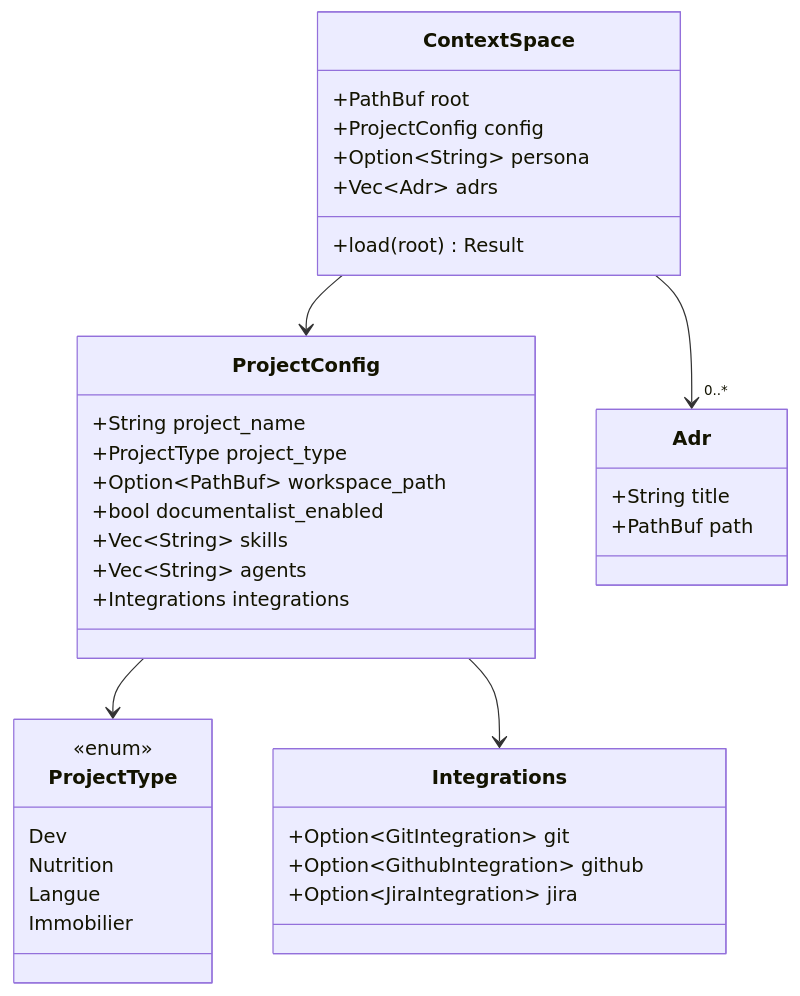
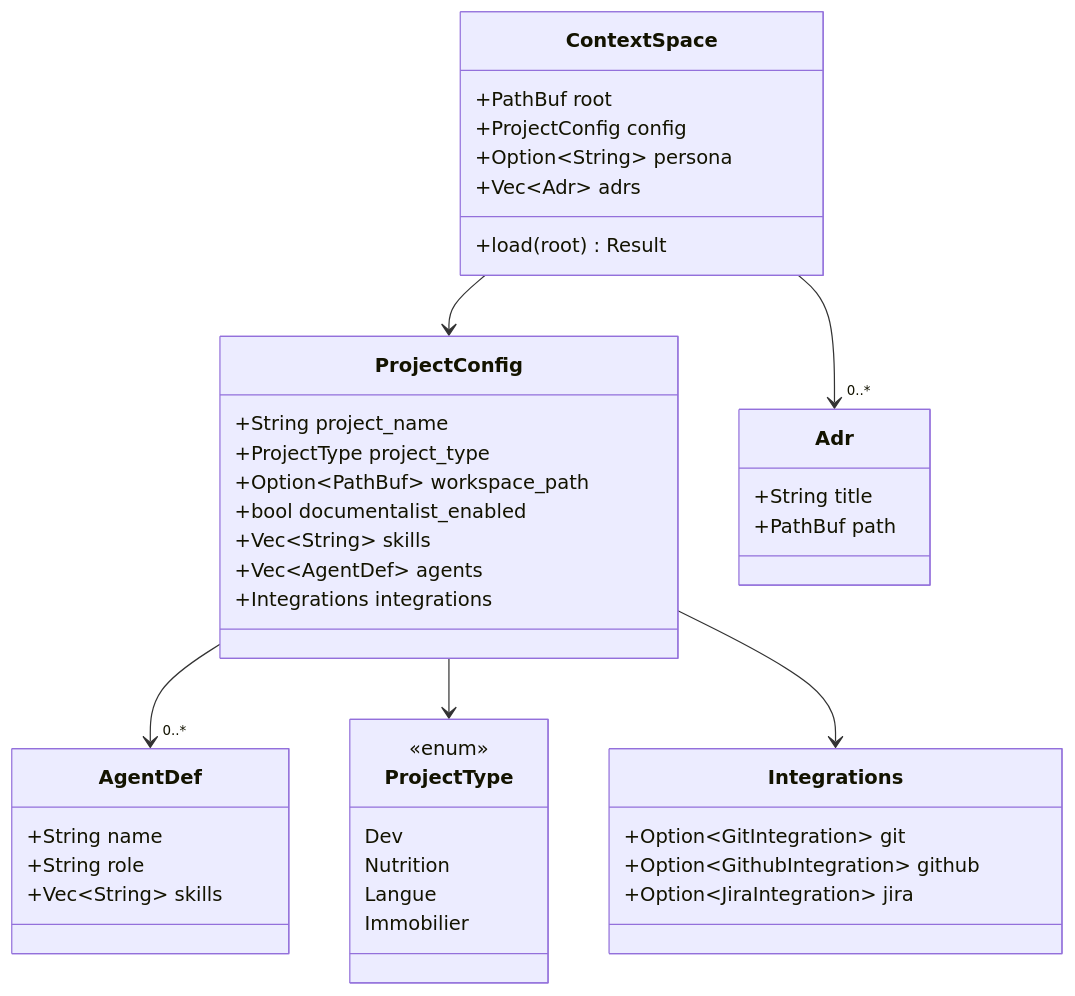
The second of 6 diagrams in docs/ARCHITECTURE.md (maximelarrieu/orchestra-ide), drawn with Mermaid before and after one commit. The commit also changed 12 other files, not shown here.

First line of the commit message:
feat: gestionnaire d'agents modulables ([6]) — rôle, skills, stats, édition

````diff
--- a/docs/ARCHITECTURE.md
+++ b/docs/ARCHITECTURE.md
@@ -73,39 +73,45 @@
 ```mermaid
 classDiagram
     class ContextSpace {
         +PathBuf root
         +ProjectConfig config
         +Option~String~ persona
         +Vec~Adr~ adrs
         +load(root) Result
     }
     class ProjectConfig {
         +String project_name
         +ProjectType project_type
         +Option~PathBuf~ workspace_path
         +bool documentalist_enabled
         +Vec~String~ skills
-        +Vec~String~ agents
+        +Vec~AgentDef~ agents
         +Integrations integrations
+    }
+    class AgentDef {
+        +String name
+        +String role
+        +Vec~String~ skills
     }
     class ProjectType {
         <<enum>>
         Dev
         Nutrition
         Langue
         Immobilier
     }
     class Integrations {
         +Option~GitIntegration~ git
         +Option~GithubIntegration~ github
         +Option~JiraIntegration~ jira
     }
     class Adr {
         +String title
         +PathBuf path
     }
     ContextSpace --> ProjectConfig
     ContextSpace --> "0..*" Adr
+    ProjectConfig --> "0..*" AgentDef
     ProjectConfig --> ProjectType
     ProjectConfig --> Integrations
 ```
````
